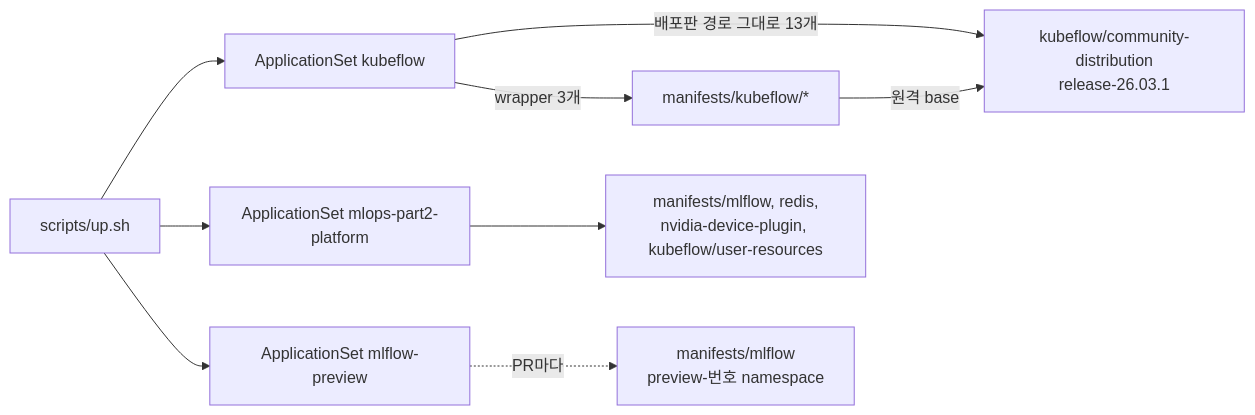
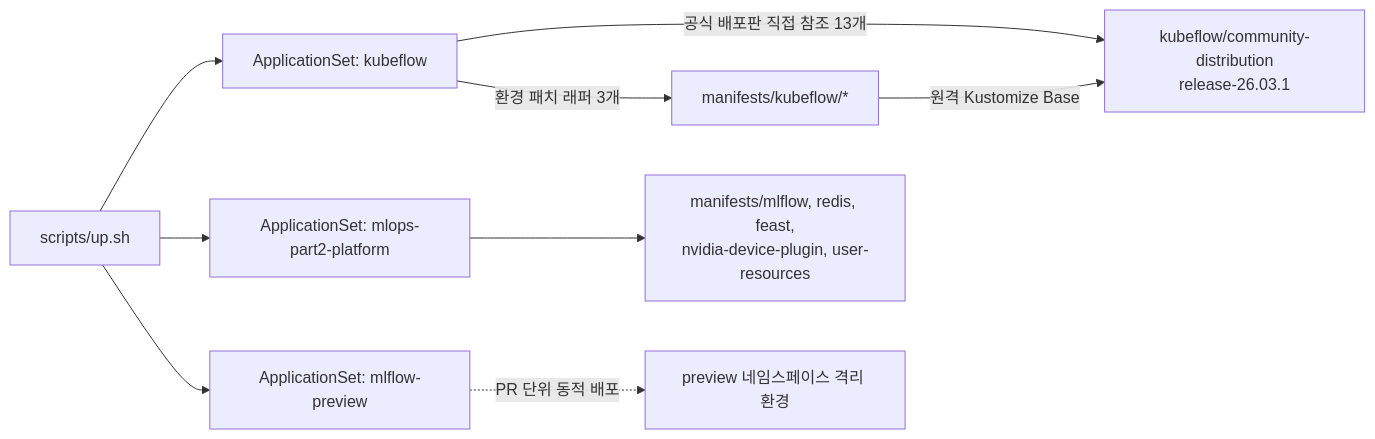
One commit to choisungwook/portfolio changed the diagram in mlops/ml-platform-engineering-part2/docs/setup.md. Above: the diagram before and after it, drawn with Mermaid. The commit also changed other lines of this file and 16 other files, not shown here.

Commit message:
docs(mlops): improve clarity and structure of part2 hands-on documentation (#1365)

````diff
--- a/mlops/ml-platform-engineering-part2/docs/setup.md
+++ b/mlops/ml-platform-engineering-part2/docs/setup.md
@@ -132,11 +137,11 @@
 ```mermaid
 flowchart LR
-  up[scripts/up.sh] --> KF[ApplicationSet kubeflow]
-  up --> PL[ApplicationSet mlops-part2-platform]
-  up --> PV[ApplicationSet mlflow-preview]
-  KF -->|배포판 경로 그대로 13개| UP[kubeflow/community-distribution<br/>release-26.03.1]
-  KF -->|wrapper 3개| WR[manifests/kubeflow/*]
-  WR -->|원격 base| UP
-  PL --> OWN[manifests/mlflow, redis,<br/>nvidia-device-plugin, kubeflow/user-resources]
-  PV -.->|PR마다| MF[manifests/mlflow<br/>preview-번호 namespace]
+  up[scripts/up.sh] --> KF[ApplicationSet: kubeflow]
+  up --> PL[ApplicationSet: mlops-part2-platform]
+  up --> PV[ApplicationSet: mlflow-preview]
+  KF -->|공식 배포판 직접 참조 13개| UP[kubeflow/community-distribution<br/>release-26.03.1]
+  KF -->|환경 패치 래퍼 3개| WR[manifests/kubeflow/*]
+  WR -->|원격 Kustomize Base| UP
+  PL --> OWN[manifests/mlflow, redis, feast,<br/>nvidia-device-plugin, user-resources]
+  PV -.->|PR 단위 동적 배포| MF[preview 네임스페이스 격리 환경]
 ```
````
